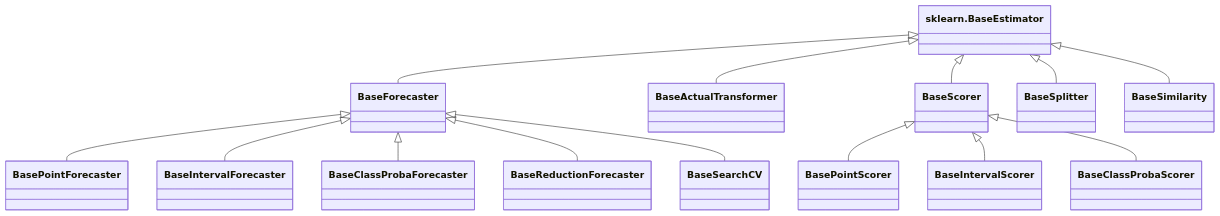
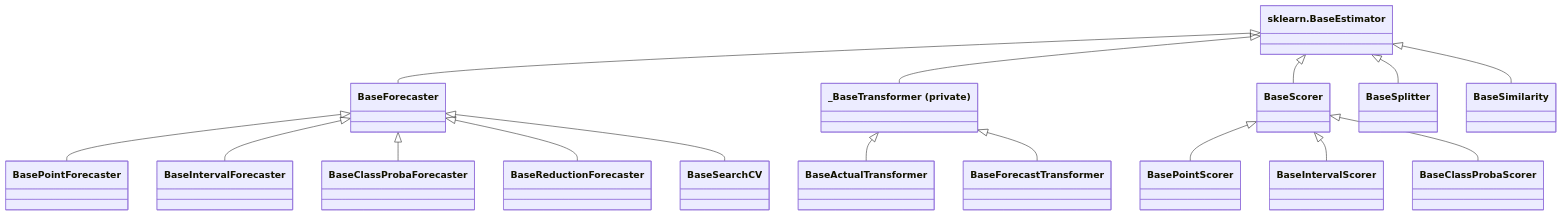
One commit to stateful-y/yohou changed the diagram in docs/pages/explanation/core-concepts.md. Above: the diagram before and after it, drawn with Mermaid. The commit also changed other lines of this file and 17 other files, not shown here.

````diff
--- a/docs/pages/explanation/core-concepts.md
+++ b/docs/pages/explanation/core-concepts.md
@@ -140,35 +147,40 @@
 ```mermaid
 classDiagram
     class BaseEstimator["sklearn.BaseEstimator"]
 
     class BaseForecaster
     class BasePointForecaster
     class BaseIntervalForecaster
     class BaseClassProbaForecaster
     class BaseReductionForecaster
     class BaseSearchCV
 
+    class _BaseTransformer["_BaseTransformer (private)"]
     class BaseActualTransformer
+    class BaseForecastTransformer
     class BaseScorer
     class BasePointScorer
     class BaseIntervalScorer
     class BaseClassProbaScorer
     class BaseSplitter
     class BaseSimilarity
 
     BaseEstimator <|-- BaseForecaster
-    BaseEstimator <|-- BaseActualTransformer
+    BaseEstimator <|-- _BaseTransformer
     BaseEstimator <|-- BaseScorer
     BaseEstimator <|-- BaseSplitter
     BaseEstimator <|-- BaseSimilarity
+
+    _BaseTransformer <|-- BaseActualTransformer
+    _BaseTransformer <|-- BaseForecastTransformer
 
     BaseForecaster <|-- BasePointForecaster
     BaseForecaster <|-- BaseIntervalForecaster
     BaseForecaster <|-- BaseClassProbaForecaster
     BaseForecaster <|-- BaseReductionForecaster
     BaseForecaster <|-- BaseSearchCV
 
     BaseScorer <|-- BasePointScorer
     BaseScorer <|-- BaseIntervalScorer
     BaseScorer <|-- BaseClassProbaScorer
 ```
````
